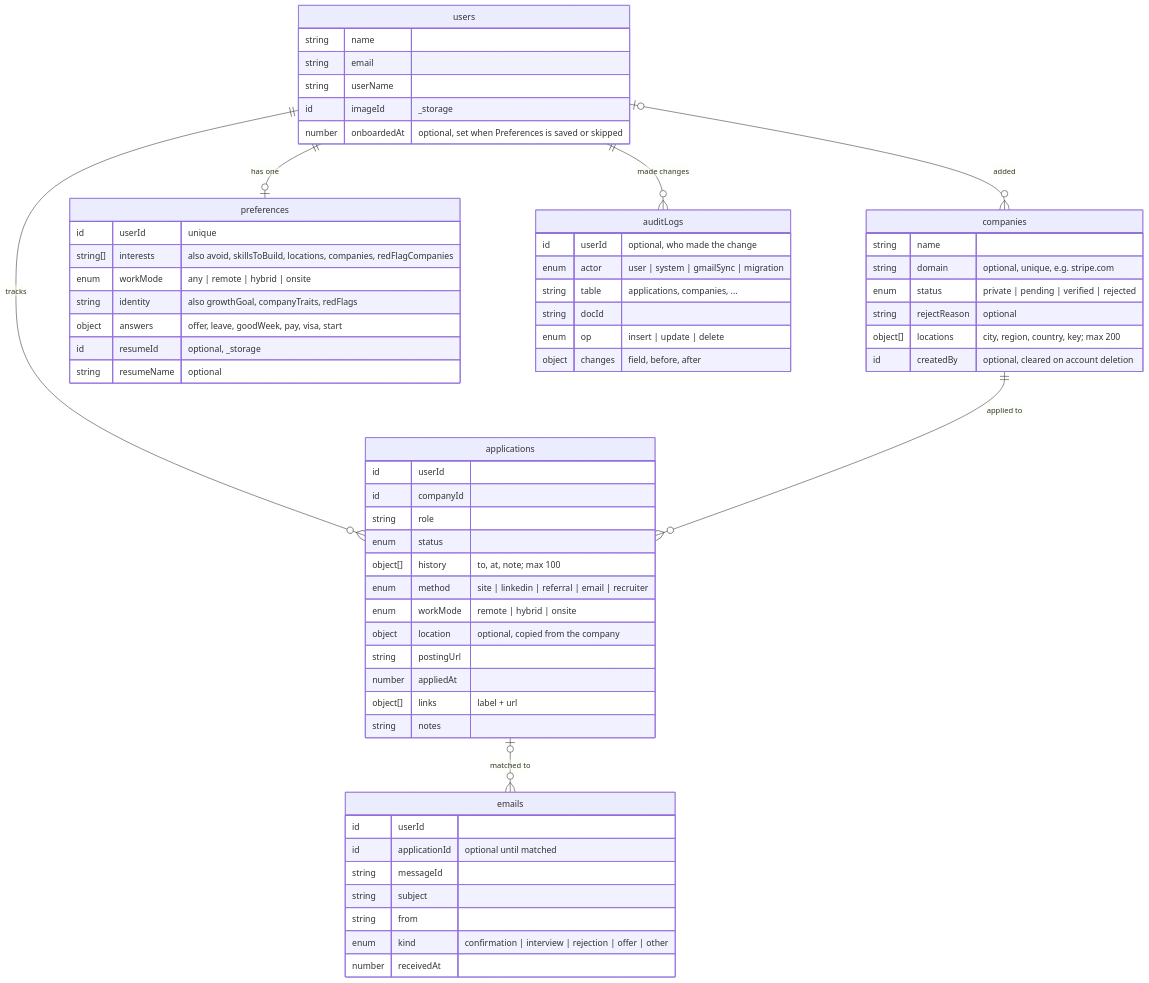
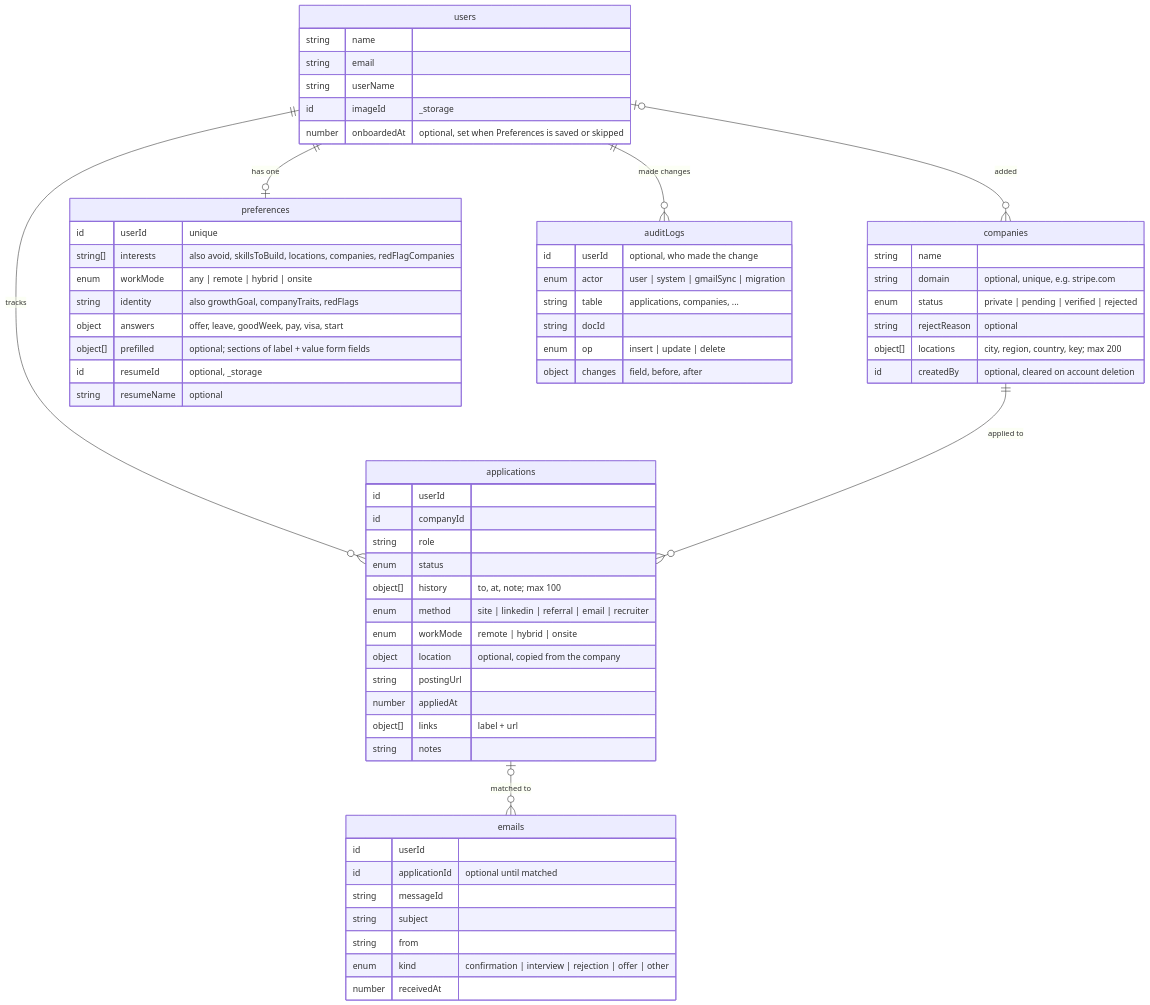
Before and after one commit to saranatour1/job-tracking-helper: the first of 7 diagrams in docs/database-design.md, drawn with Mermaid. The commit also changed other lines of this file and 13 other files, not shown here.

First line of the commit message:
feat(preferences): prefilled form fields in sections, replacing ready answers

````diff
--- a/docs/database-design.md
+++ b/docs/database-design.md
@@ -66,65 +66,66 @@
 ```mermaid
 erDiagram
     users |o--o{ companies : "added"
     users ||--o{ applications : tracks
     users ||--o| preferences : "has one"
     users ||--o{ auditLogs : "made changes"
     companies ||--o{ applications : "applied to"
     applications |o--o{ emails : "matched to"
 
     users {
         string name
         string email
         string userName
         id imageId "_storage"
         number onboardedAt "optional, set when Preferences is saved or skipped"
     }
     companies {
         string name
         string domain "optional, unique, e.g. stripe.com"
         enum status "private | pending | verified | rejected"
         string rejectReason "optional"
         object[] locations "city, region, country, key; max 200"
         id createdBy "optional, cleared on account deletion"
     }
     applications {
         id userId
         id companyId
         string role
         enum status
         object[] history "to, at, note; max 100"
         enum method "site | linkedin | referral | email | recruiter"
         enum workMode "remote | hybrid | onsite"
         object location "optional, copied from the company"
         string postingUrl
         number appliedAt
         object[] links "label + url"
         string notes
     }
     preferences {
         id userId "unique"
         string[] interests "also avoid, skillsToBuild, locations, companies, redFlagCompanies"
         enum workMode "any | remote | hybrid | onsite"
         string identity "also growthGoal, companyTraits, redFlags"
         object answers "offer, leave, goodWeek, pay, visa, start"
+        object[] prefilled "optional; sections of label + value form fields"
         id resumeId "optional, _storage"
         string resumeName "optional"
     }
     emails {
         id userId
         id applicationId "optional until matched"
         string messageId
         string subject
         string from
         enum kind "confirmation | interview | rejection | offer | other"
         number receivedAt
     }
     auditLogs {
         id userId "optional, who made the change"
         enum actor "user | system | gmailSync | migration"
         string table "applications, companies, ..."
         string docId
         enum op "insert | update | delete"
         object changes "field, before, after"
     }
 ```
````
